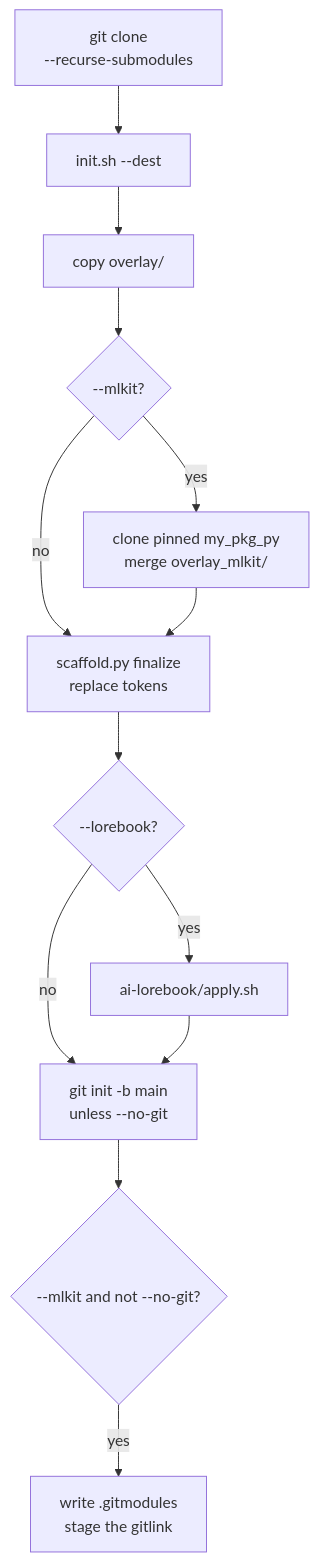
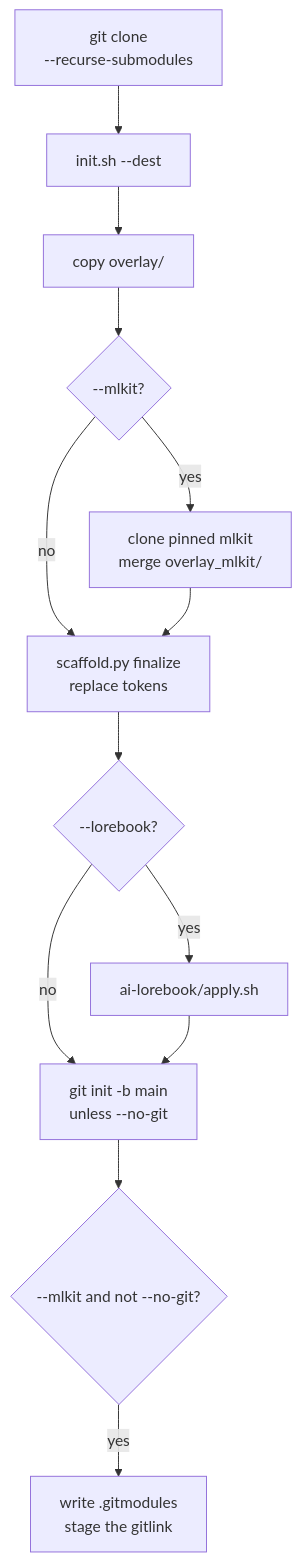
One commit to zeroDtree/py-project-template changed the diagram in docs/en/init.md. Above: the diagram before and after it, drawn with Mermaid. The commit also changed other lines of this file and 18 other files, not shown here.

First line of the commit message:
Rename my_pkg_py submodule to mlkit

````diff
--- a/docs/en/init.md
+++ b/docs/en/init.md
@@ -39,15 +39,15 @@
 ```mermaid
 flowchart TD
   clone["git clone<br/>--recurse-submodules"] --> init["init.sh --dest"]
   init --> overlay["copy overlay/"]
   overlay --> mlkit{"--mlkit?"}
-  mlkit -->|yes| pin["clone pinned my_pkg_py<br/>merge overlay_mlkit/"]
+  mlkit -->|yes| pin["clone pinned mlkit<br/>merge overlay_mlkit/"]
   mlkit -->|no| tokens["scaffold.py finalize<br/>replace tokens"]
   pin --> tokens
   tokens --> lore{"--lorebook?"}
   lore -->|yes| rules["ai-lorebook/apply.sh"]
   lore -->|no| git["git init -b main<br/>unless --no-git"]
   rules --> git
   git --> record{"--mlkit and not --no-git?"}
   record -->|yes| link["write .gitmodules<br/>stage the gitlink"]
 ```
````
